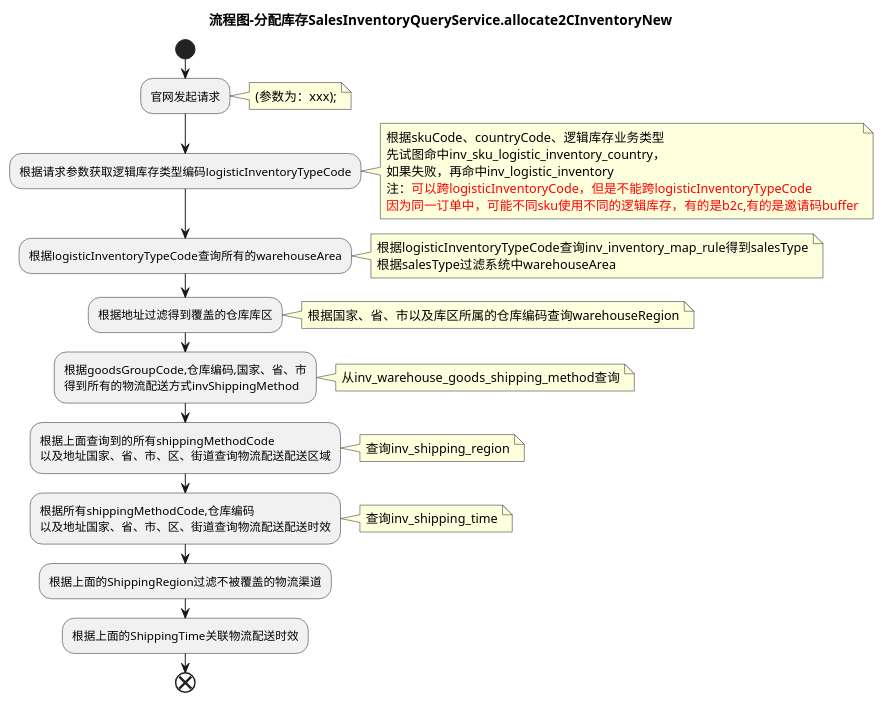
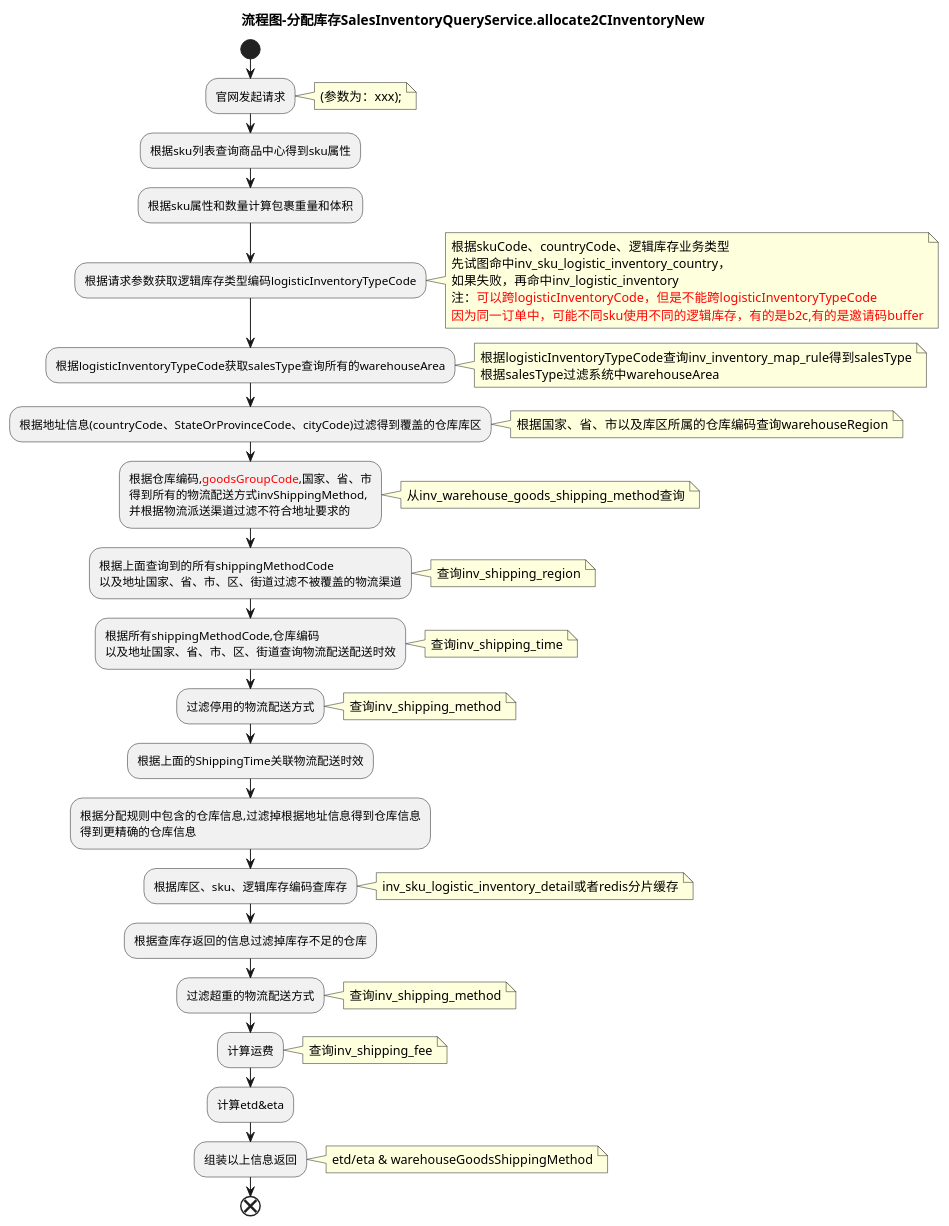
The diagram in uml/inventory/allocateInventory.puml (newbigTech/myDesignPattern), drawn with PlantUML before and after one commit.

Commit message:
allocate2CInventory-process_uml

```diff
--- a/uml/inventory/allocateInventory.puml
+++ b/uml/inventory/allocateInventory.puml
@@ -1,51 +1,85 @@
 @startuml
 title 流程图-分配库存SalesInventoryQueryService.allocate2CInventoryNew
 start
 :官网发起请求;
 note right
 (参数为：xxx);
 end note
+
+:根据sku列表查询商品中心得到sku属性;
+
+:根据sku属性和数量计算包裹重量和体积;
 
 :根据请求参数获取逻辑库存类型编码logisticInventoryTypeCode;
 note right
 根据skuCode、countryCode、逻辑库存业务类型
 先试图命中inv_sku_logistic_inventory_country，
 如果失败，再命中inv_logistic_inventory
 注：<font color=red>可以跨logisticInventoryCode，但是不能跨logisticInventoryTypeCode
 <font color=red>因为同一订单中，可能不同sku使用不同的逻辑库存，有的是b2c,有的是邀请码buffer</font>
 end note
 
-:根据logisticInventoryTypeCode查询所有的warehouseArea;
+:根据logisticInventoryTypeCode获取salesType查询所有的warehouseArea;
 note right
 根据logisticInventoryTypeCode查询inv_inventory_map_rule得到salesType
 根据salesType过滤系统中warehouseArea
 end note
 
-:根据地址过滤得到覆盖的仓库库区;
+:根据地址信息(countryCode、StateOrProvinceCode、cityCode)过滤得到覆盖的仓库库区;
 note right
 根据国家、省、市以及库区所属的仓库编码查询warehouseRegion
 end note
 
-:根据goodsGroupCode,仓库编码,国家、省、市
-得到所有的物流配送方式invShippingMethod;
+:根据仓库编码,<font color=red>goodsGroupCode</font>,国家、省、市
+得到所有的物流配送方式invShippingMethod,
+并根据物流派送渠道过滤不符合地址要求的;
 note right
 从inv_warehouse_goods_shipping_method查询
 end note
 
 :根据上面查询到的所有shippingMethodCode
-以及地址国家、省、市、区、街道查询物流配送配送区域;
+以及地址国家、省、市、区、街道过滤不被覆盖的物流渠道;
 note right
 查询inv_shipping_region
 end note
 
 :根据所有shippingMethodCode,仓库编码
 以及地址国家、省、市、区、街道查询物流配送配送时效;
 note right
 查询inv_shipping_time
 end note
 
-:根据上面的ShippingRegion过滤不被覆盖的物流渠道;
+:过滤停用的物流配送方式;
+note right
+查询inv_shipping_method
+end note
+
 :根据上面的ShippingTime关联物流配送时效;
+
+:根据分配规则中包含的仓库信息,过滤掉根据地址信息得到仓库信息
+得到更精确的仓库信息;
+:根据库区、sku、逻辑库存编码查库存;
+note right
+inv_sku_logistic_inventory_detail或者redis分片缓存
+end note
+:根据查库存返回的信息过滤掉库存不足的仓库;
+
+:过滤超重的物流配送方式;
+note right
+查询inv_shipping_method
+end note
+
+:计算运费;
+note right
+查询inv_shipping_fee
+end note
+
+:计算etd&eta;
+
+:组装以上信息返回;
+note right
+etd/eta & warehouseGoodsShippingMethod
+end note
 
 end
 @enduml
```
